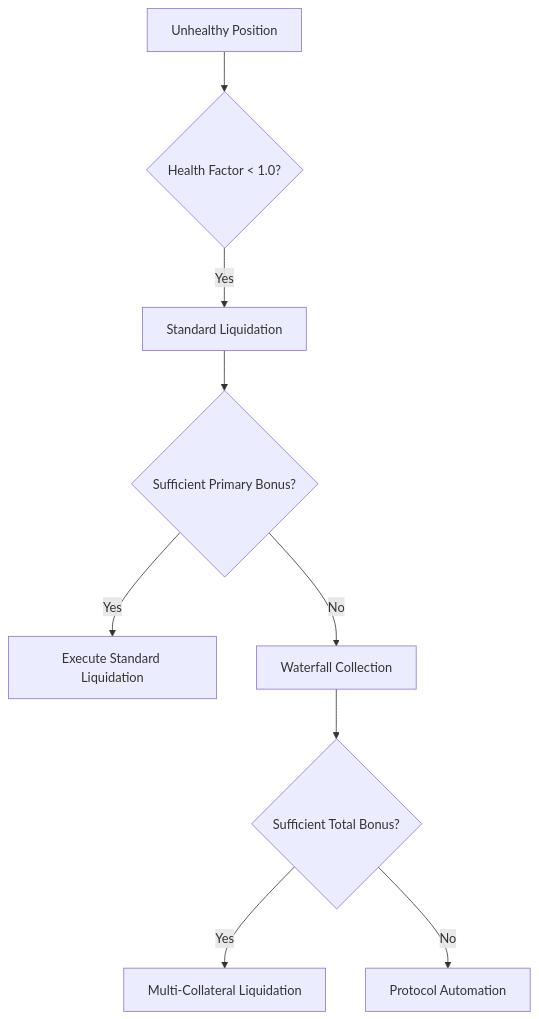
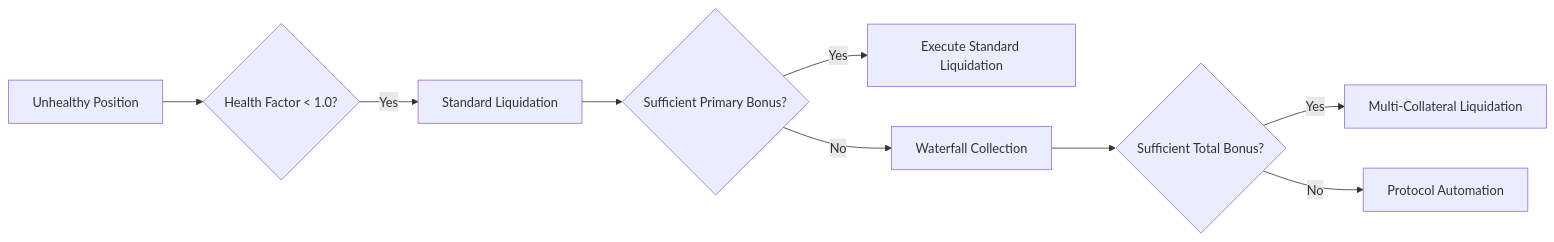
One commit to SquilliamX/LoanFi-Protocol changed the second of 3 diagrams in README.md. Above: the diagram before and after it, drawn with Mermaid.

Commit message:
Update README.md to correct diagram orientation in liquidation mechanism section

````diff
--- a/README.md
+++ b/README.md
@@ -125,11 +125,11 @@
 ```mermaid
-graph TD
+graph LR
     A[Unhealthy Position] --> B{Health Factor < 1.0?}
     B -->|Yes| C[Standard Liquidation]
     C --> D{Sufficient Primary Bonus?}
     D -->|Yes| E[Execute Standard Liquidation]
     D -->|No| F[Waterfall Collection]
     F --> G{Sufficient Total Bonus?}
     G -->|Yes| H[Multi-Collateral Liquidation]
     G -->|No| I[Protocol Automation]
 ```
````
